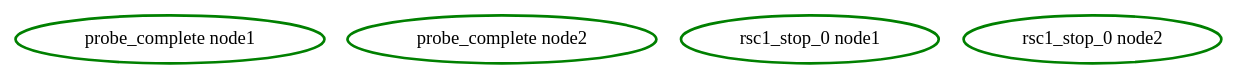
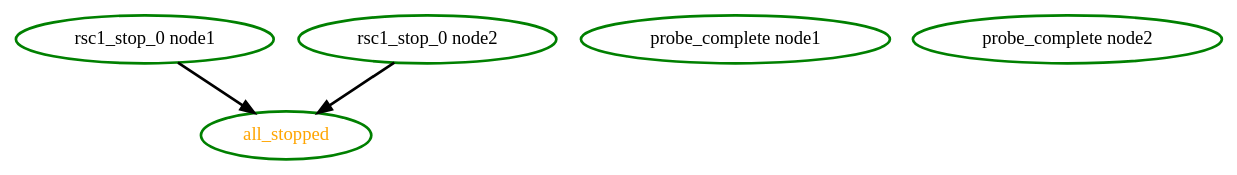
One commit to richiewen8/heartbeat changed the diagram in crm/pengine/testcases/rec-rsc-7.dot. Above: the diagram before and after it, drawn with Graphviz. The commit also changed 218 other files, not shown here.

Commit message:
PE: Update testcases to include all_stopped (added in cs: 800c2fec24ee)

```diff
--- a/crm/pengine/testcases/rec-rsc-7.dot
+++ b/crm/pengine/testcases/rec-rsc-7.dot
@@ -1,6 +1,9 @@
  digraph "g" {
+"all_stopped" [ style=bold color="green" fontcolor="orange"  ]
 "probe_complete node1" [ style=bold color="green" fontcolor="black" ]
 "probe_complete node2" [ style=bold color="green" fontcolor="black" ]
+"rsc1_stop_0 node1" -> "all_stopped" [ style = bold]
 "rsc1_stop_0 node1" [ style=bold color="green" fontcolor="black" ]
+"rsc1_stop_0 node2" -> "all_stopped" [ style = bold]
 "rsc1_stop_0 node2" [ style=bold color="green" fontcolor="black" ]
 }
```
